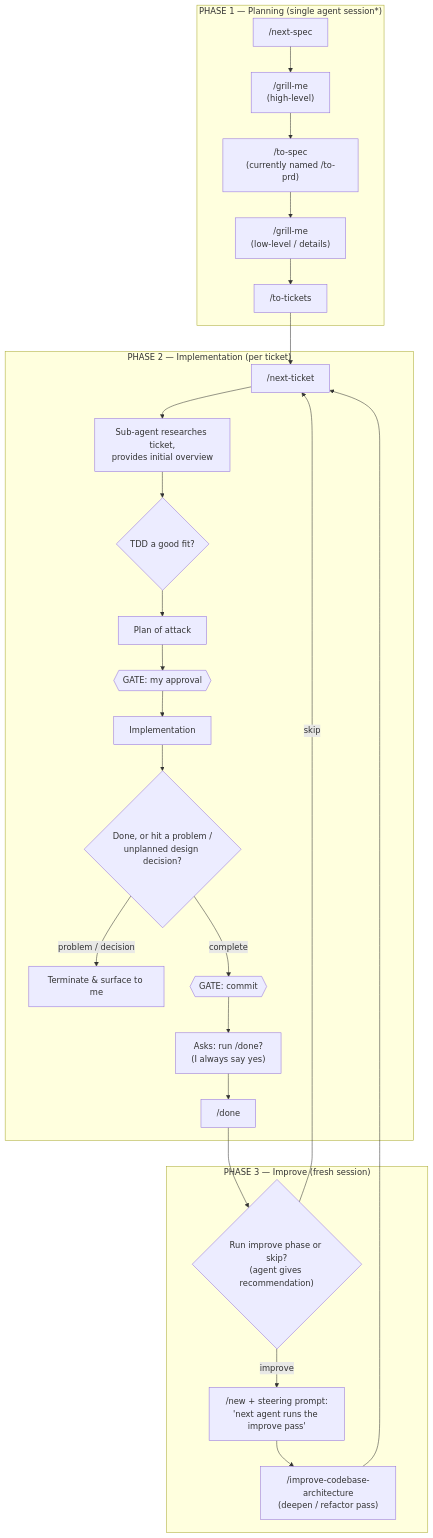
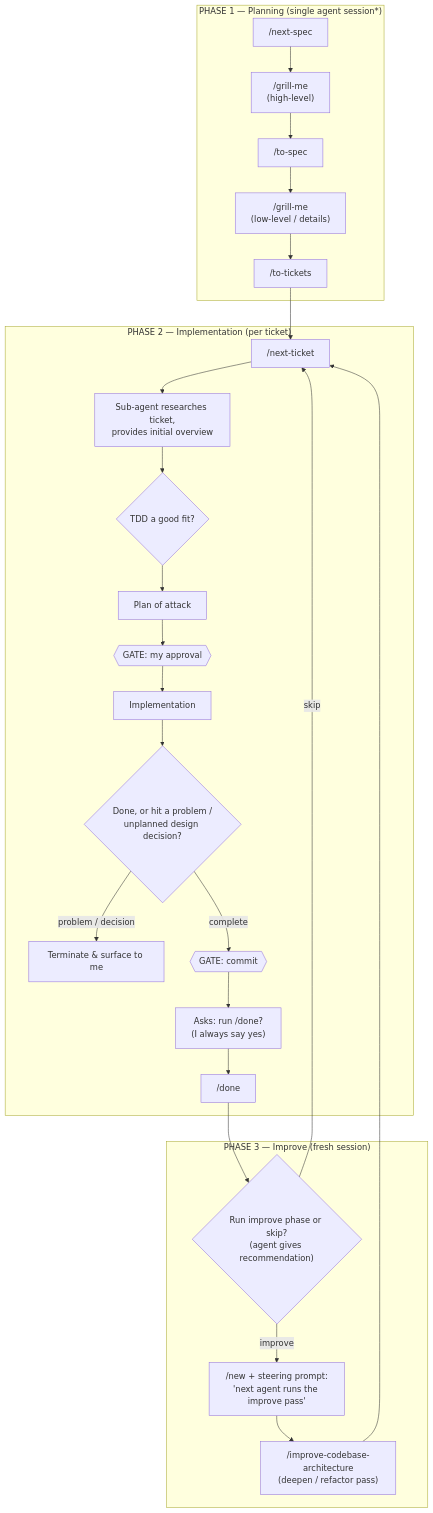
One commit to Danglebary/plugins changed the diagram in docs/development-workflow.md. Above: the diagram before and after it, drawn with Mermaid. The commit also changed other lines of this file and 57 other files, not shown here.

Commit message:
Ticket 002: rename PRD to spec — skills, shared docs, branch convention, store migration

````diff
--- a/docs/development-workflow.md
+++ b/docs/development-workflow.md
@@ -9,34 +9,34 @@
 ```mermaid
 flowchart TD
     subgraph P["PHASE 1 — Planning (single agent session*)"]
         A["/next-spec"] --> B["/grill-me<br/>(high-level)"]
-        B --> C["/to-spec<br/>(currently named /to-prd)"]
+        B --> C["/to-spec"]
         C --> D["/grill-me<br/>(low-level / details)"]
         D --> E["/to-tickets"]
     end
 
     E --> F["/next-ticket"]
 
     subgraph I["PHASE 2 — Implementation (per ticket)"]
         F --> G["Sub-agent researches ticket,<br/>provides initial overview"]
         G --> H{"TDD a good fit?"}
         H --> J["Plan of attack"]
         J --> K{{"GATE: my approval"}}
         K --> L["Implementation"]
         L --> M{"Done, or hit a problem /<br/>unplanned design decision?"}
         M -- "problem / decision" --> N["Terminate & surface to me"]
         M -- "complete" --> O{{"GATE: commit"}}
         O --> Q["Asks: run /done?<br/>(I always say yes)"]
         Q --> R["/done"]
     end
 
     R --> S{"Run improve phase or skip?<br/>(agent gives recommendation)"}
     S -- "skip" --> F
 
     subgraph X["PHASE 3 — Improve (fresh session)"]
         S -- "improve" --> T["/new + steering prompt:<br/>'next agent runs the improve pass'"]
         T --> U["/improve-codebase-architecture<br/>(deepen / refactor pass)"]
     end
 
     U --> F
 ```
````
